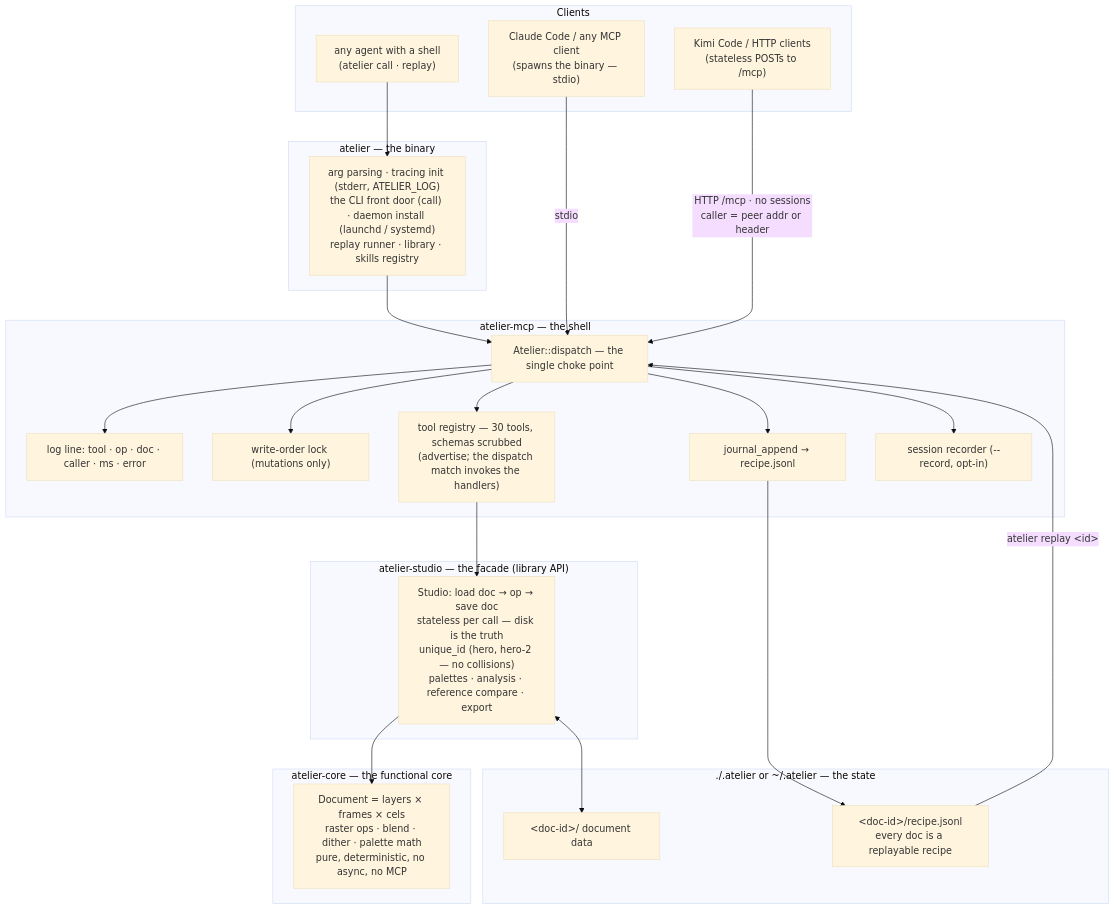
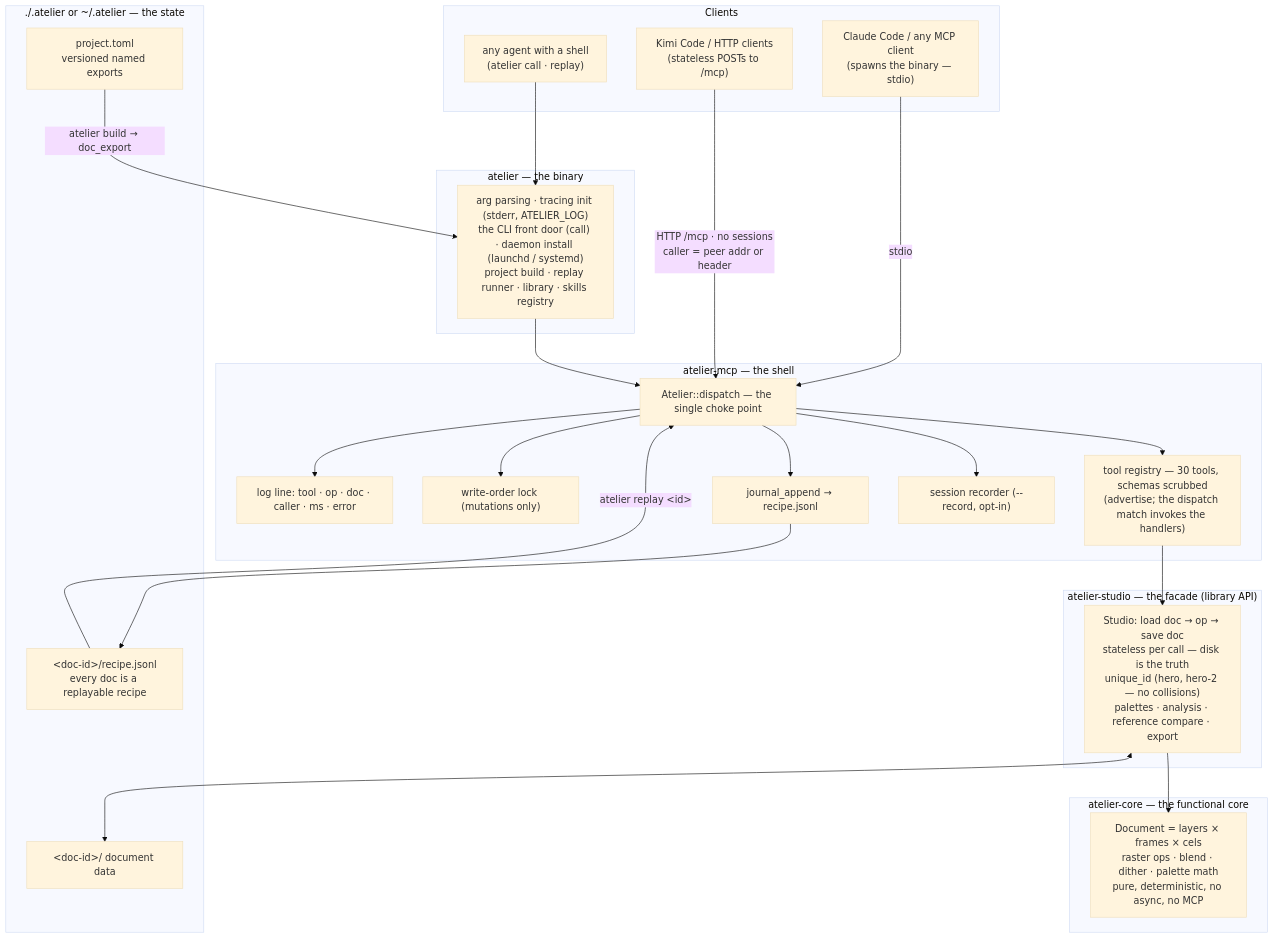
Before and after one commit to marmikshah/atelier: the diagram in docs/ARCHITECTURE.md, drawn with Mermaid (base theme). The commit also changed other lines of this file and 6 other files, not shown here.

````diff
--- a/docs/ARCHITECTURE.md
+++ b/docs/ARCHITECTURE.md
@@ -43,49 +43,51 @@
 ```mermaid
 flowchart TB
     subgraph clients["Clients"]
         shell["any agent with a shell<br/>(atelier call · replay)"]
         cc["Claude Code / any MCP client<br/>(spawns the binary — stdio)"]
         kimi["Kimi Code / HTTP clients<br/>(stateless POSTs to /mcp)"]
     end
 
     subgraph bin["atelier — the binary"]
-        main["arg parsing · tracing init (stderr, ATELIER_LOG)<br/>the CLI front door (call) · daemon install (launchd / systemd)<br/>replay runner · library · skills registry"]
+        main["arg parsing · tracing init (stderr, ATELIER_LOG)<br/>the CLI front door (call) · daemon install (launchd / systemd)<br/>project build · replay runner · library · skills registry"]
     end
 
     subgraph mcp["atelier-mcp — the shell"]
         dispatch["Atelier::dispatch — the single choke point"]
         log["log line: tool · op · doc · caller · ms · error"]
         order["write-order lock (mutations only)"]
         router["tool registry — 30 tools, schemas scrubbed<br/>(advertise; the dispatch match invokes the handlers)"]
         journal["journal_append → recipe.jsonl"]
         recorder["session recorder (--record, opt-in)"]
     end
 
     subgraph studio["atelier-studio — the facade (library API)"]
         facade["Studio: load doc → op → save doc<br/>stateless per call — disk is the truth<br/>unique_id (hero, hero-2 — no collisions)<br/>palettes · analysis · reference compare · export"]
     end
 
     subgraph core["atelier-core — the functional core"]
         model["Document = layers × frames × cels<br/>raster ops · blend · dither · palette math<br/>pure, deterministic, no async, no MCP"]
     end
 
     subgraph disk["./.atelier or ~/.atelier — the state"]
+        manifest["project.toml<br/>versioned named exports"]
         store["&lt;doc-id&gt;/ document data"]
         recipe["&lt;doc-id&gt;/recipe.jsonl<br/>every doc is a replayable recipe"]
     end
 
     shell --> main
     cc -- stdio --> dispatch
     kimi -- "HTTP /mcp · no sessions<br/>caller = peer addr or header" --> dispatch
     main --> dispatch
+    manifest -- "atelier build → doc_export" --> main
     dispatch --> log
     dispatch --> order
     dispatch --> router
     dispatch --> journal
     dispatch --> recorder
     router --> facade
     facade --> model
     facade <--> store
     journal --> recipe
     recipe -- "atelier replay &lt;id&gt;" --> dispatch
 ```
````
